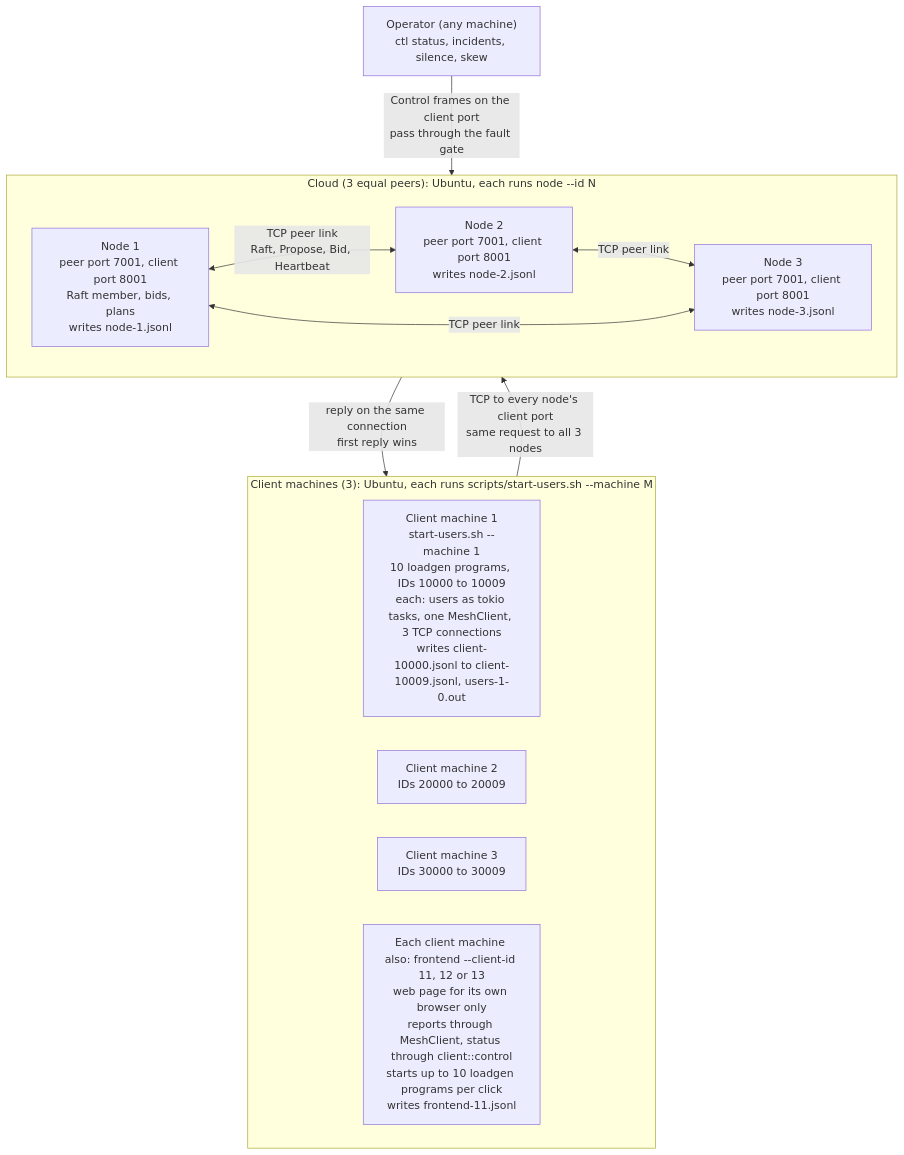
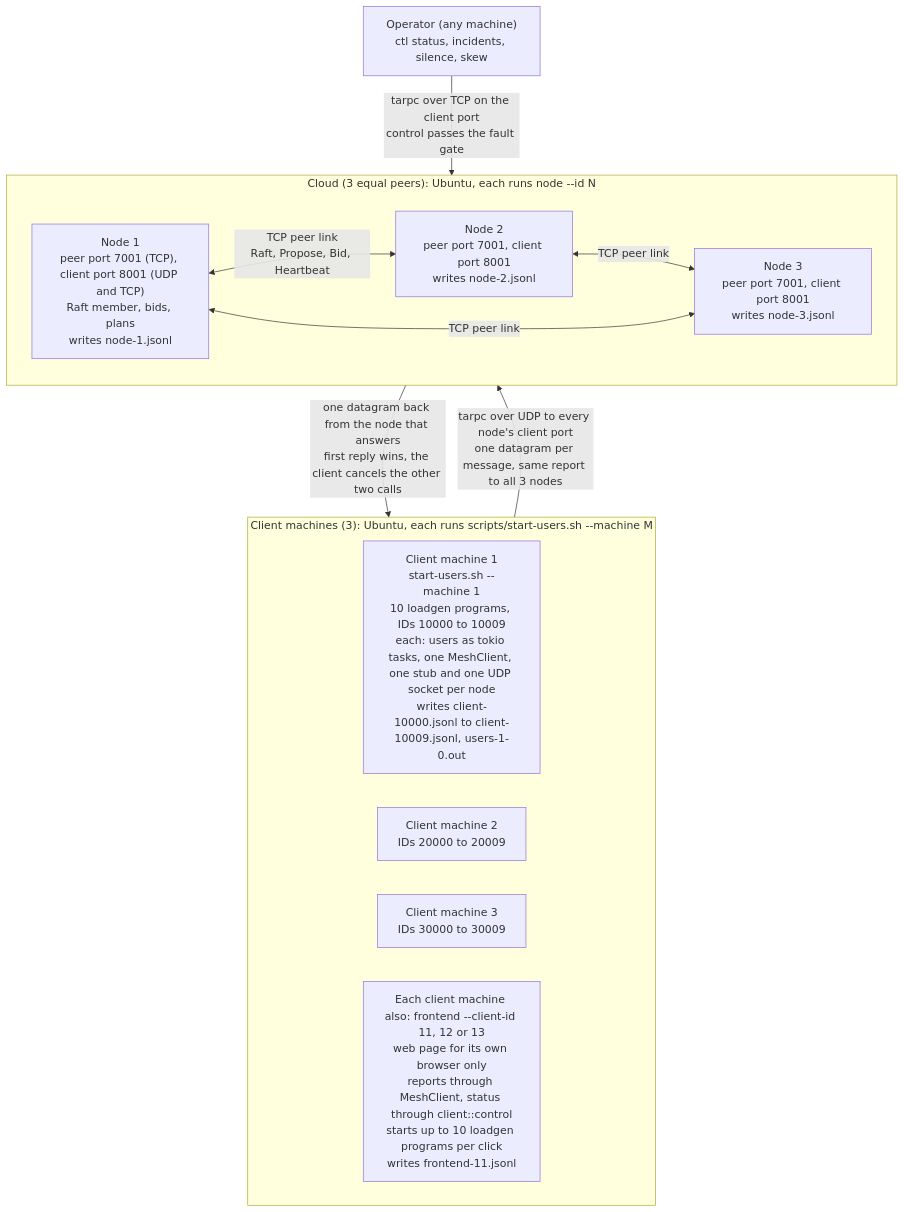
One commit to noortaytoy1/DistributedSystems changed the second of 47 diagrams in docs/architecture.md. Above: the diagram before and after it, drawn with Mermaid. The commit also changed other lines of this file and 8 other files, not shown here.

First line of the commit message:
Bring the docs up to UDP, any-node seeding and the load fixes

````diff
--- a/docs/architecture.md
+++ b/docs/architecture.md
@@ -112,23 +162,23 @@
 ```mermaid
 flowchart TB
     subgraph CM["Client machines (3): Ubuntu, each runs scripts/start-users.sh --machine M"]
         direction LR
-        K1["Client machine 1<br/>start-users.sh --machine 1<br/>10 loadgen programs, IDs 10000 to 10009<br/>each: users as tokio tasks, one MeshClient, 3 TCP connections<br/>writes client-10000.jsonl to client-10009.jsonl, users-1-0.out"]
+        K1["Client machine 1<br/>start-users.sh --machine 1<br/>10 loadgen programs, IDs 10000 to 10009<br/>each: users as tokio tasks, one MeshClient, one stub and one UDP socket per node<br/>writes client-10000.jsonl to client-10009.jsonl, users-1-0.out"]
         K2["Client machine 2<br/>IDs 20000 to 20009"]
         K3["Client machine 3<br/>IDs 30000 to 30009"]
         FE["Each client machine also: frontend --client-id 11, 12 or 13<br/>web page for its own browser only<br/>reports through MeshClient, status through client::control<br/>starts up to 10 loadgen programs per click<br/>writes frontend-11.jsonl"]
     end
     subgraph CL["Cloud (3 equal peers): Ubuntu, each runs node --id N"]
         direction LR
-        N1["Node 1<br/>peer port 7001, client port 8001<br/>Raft member, bids, plans<br/>writes node-1.jsonl"]
+        N1["Node 1<br/>peer port 7001 (TCP), client port 8001 (UDP and TCP)<br/>Raft member, bids, plans<br/>writes node-1.jsonl"]
         N2["Node 2<br/>peer port 7001, client port 8001<br/>writes node-2.jsonl"]
         N3["Node 3<br/>peer port 7001, client port 8001<br/>writes node-3.jsonl"]
         N1 <-->|"TCP peer link<br/>Raft, Propose, Bid, Heartbeat"| N2
         N2 <-->|"TCP peer link"| N3
         N1 <-->|"TCP peer link"| N3
     end
     OP["Operator (any machine)<br/>ctl status, incidents, silence, skew"]
-    CM -->|"TCP to every node's client port<br/>same request to all 3 nodes"| CL
-    CL -->|"reply on the same connection<br/>first reply wins"| CM
-    OP -->|"Control frames on the client port<br/>pass through the fault gate"| CL
+    CM -->|"tarpc over UDP to every node's client port<br/>one datagram per message, same report to all 3 nodes"| CL
+    CL -->|"one datagram back from the node that answers<br/>first reply wins, the client cancels the other two calls"| CM
+    OP -->|"tarpc over TCP on the client port<br/>control passes the fault gate"| CL
 ```
````
